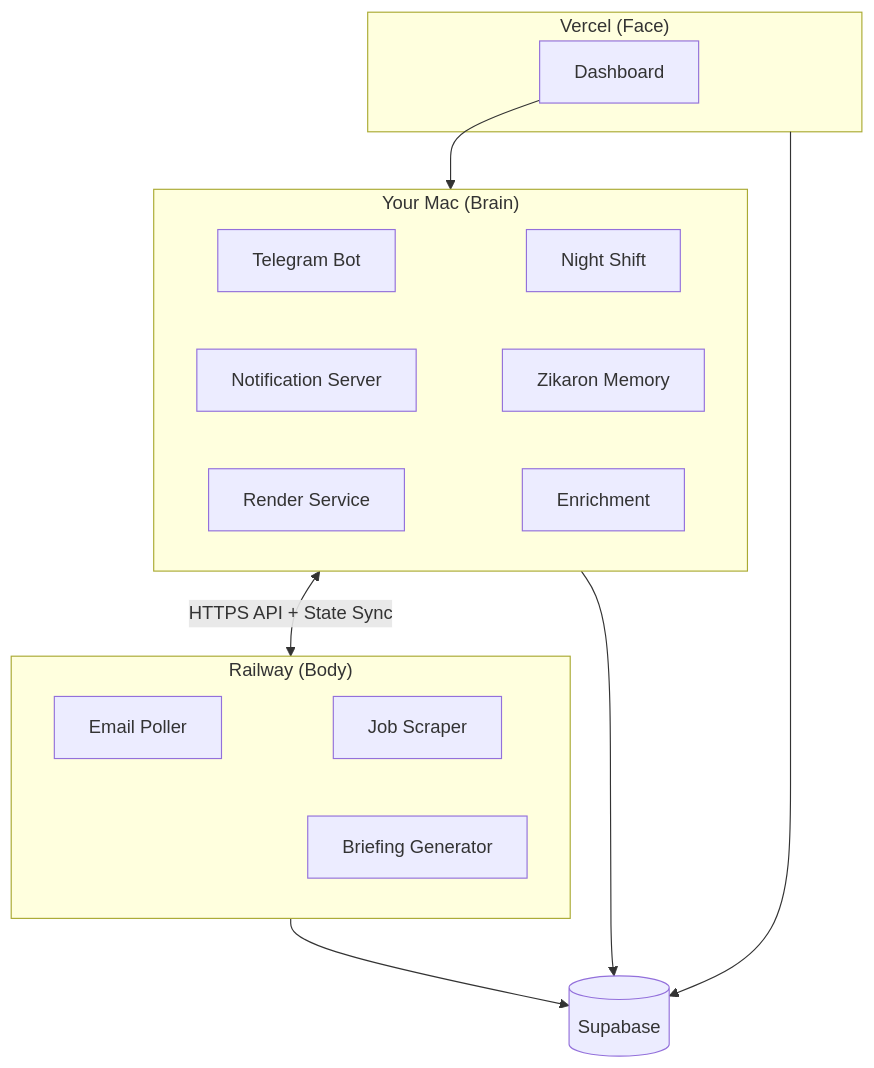
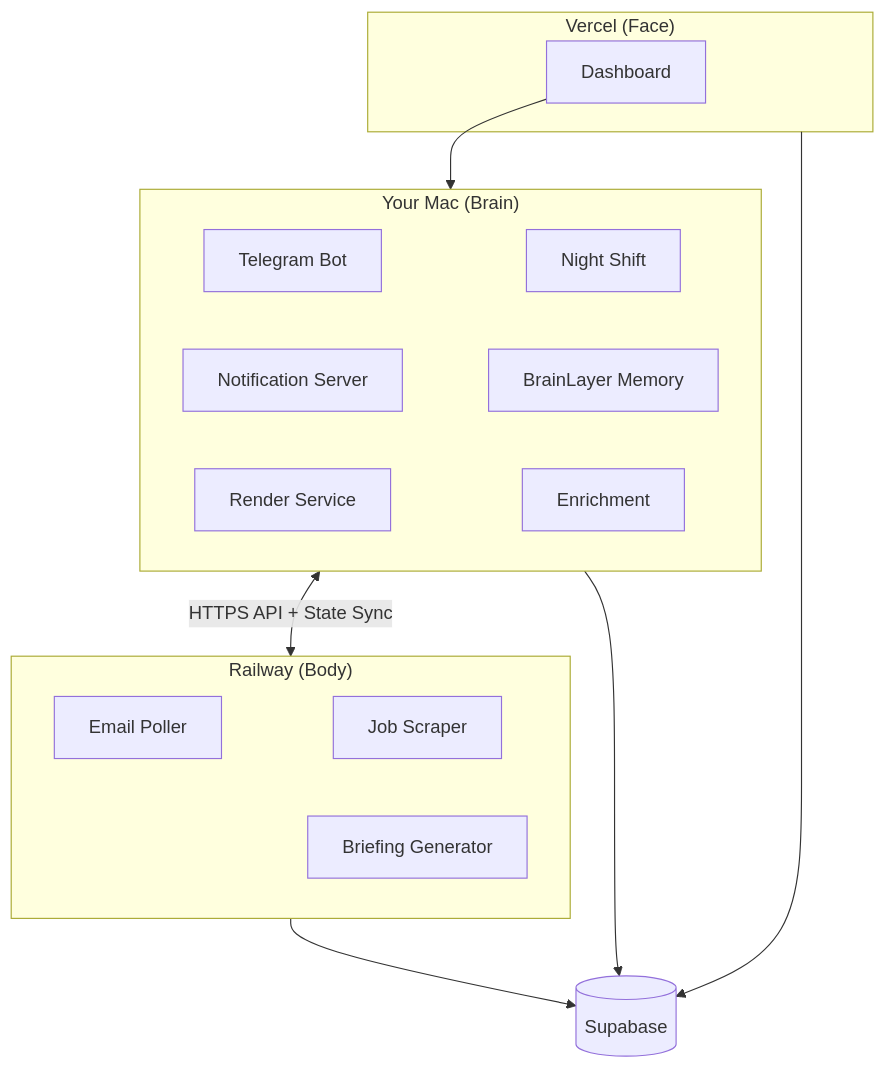
Before and after one commit to EtanHey/etanheyman.com: the first of 3 diagrams in content/golems/architecture.md, drawn with Mermaid. The commit also changed other lines of this file and 32 other files, not shown here.

````diff
--- a/content/golems/architecture.md
+++ b/content/golems/architecture.md
@@ -29,22 +29,22 @@
 ```mermaid
 flowchart TB
     subgraph mac["Your Mac (Brain)"]
         direction LR
         T[Telegram Bot] ~~~ N[Night Shift]
-        NS[Notification Server] ~~~ Z[Zikaron Memory]
+        NS[Notification Server] ~~~ Z[BrainLayer Memory]
         RS[Render Service] ~~~ EN[Enrichment]
     end
     subgraph rail["Railway (Body)"]
         direction LR
         EP[Email Poller] ~~~ JS[Job Scraper]
         BG[Briefing Generator]
     end
     subgraph vercel["Vercel (Face)"]
         DASH[Dashboard]
     end
     mac <-->|"HTTPS API + State Sync"| rail
     rail --> DB[(Supabase)]
     mac --> DB
     vercel --> DB
     DASH --> mac
 ```
````
